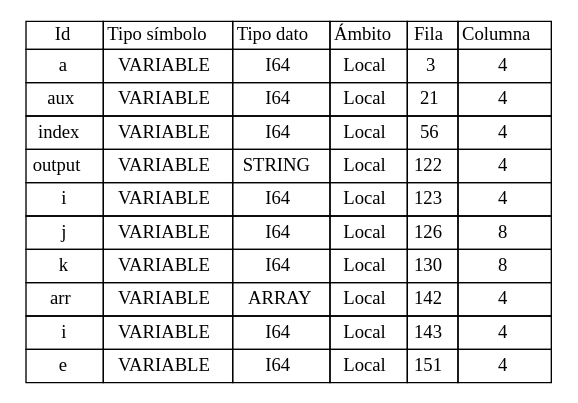
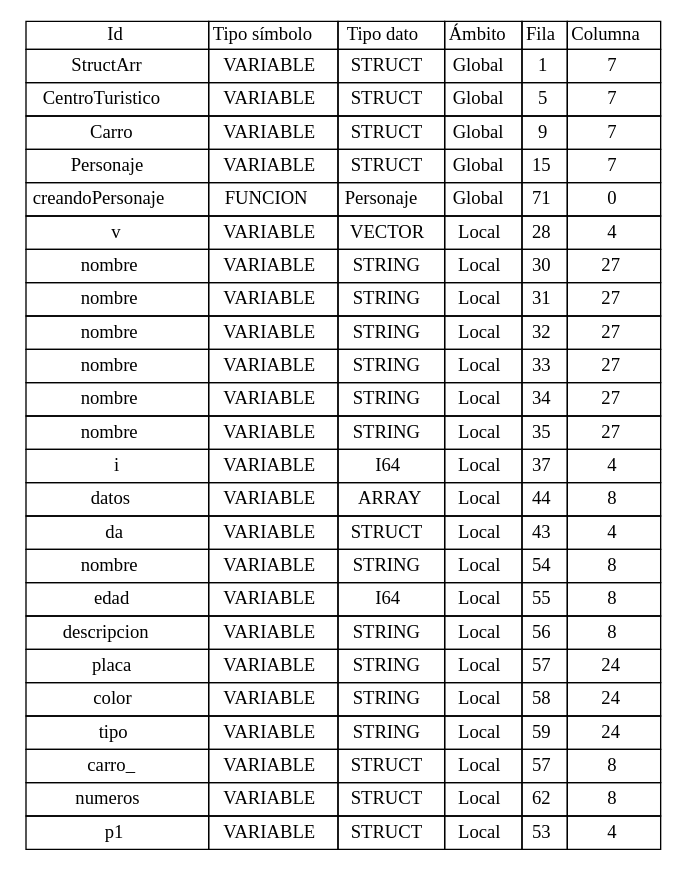
The diagram in Back/Web/tablas/tablaSimbolos.dot (Jodyannre/COMPI2_proyecto2_2022), drawn with Graphviz before and after one commit. The commit also changed 7 other files, not shown here.

```diff
--- a/Back/Web/tablas/tablaSimbolos.dot
+++ b/Back/Web/tablas/tablaSimbolos.dot
@@ -15,16 +15,106 @@
 	
 <tr>
 <td cellpadding='4'>
-a
+StructArr
 </td>
 <td cellpadding='4'>VARIABLE
 </td>
-<td cellpadding='4'>I64
+<td cellpadding='4'>STRUCT
+</td>
+<td cellpadding='4'>Global
+</td>
+<td cellpadding='4'>
+1
+</td>
+<td cellpadding='4'>
+7
+</td>
+</tr>
+
+<tr>
+<td cellpadding='4'>
+CentroTuristico
+</td>
+<td cellpadding='4'>VARIABLE
+</td>
+<td cellpadding='4'>STRUCT
+</td>
+<td cellpadding='4'>Global
+</td>
+<td cellpadding='4'>
+5
+</td>
+<td cellpadding='4'>
+7
+</td>
+</tr>
+
+<tr>
+<td cellpadding='4'>
+Carro
+</td>
+<td cellpadding='4'>VARIABLE
+</td>
+<td cellpadding='4'>STRUCT
+</td>
+<td cellpadding='4'>Global
+</td>
+<td cellpadding='4'>
+9
+</td>
+<td cellpadding='4'>
+7
+</td>
+</tr>
+
+<tr>
+<td cellpadding='4'>
+Personaje
+</td>
+<td cellpadding='4'>VARIABLE
+</td>
+<td cellpadding='4'>STRUCT
+</td>
+<td cellpadding='4'>Global
+</td>
+<td cellpadding='4'>
+15
+</td>
+<td cellpadding='4'>
+7
+</td>
+</tr>
+
+<tr>
+<td cellpadding='4'>
+creandoPersonaje
+</td>
+<td cellpadding='4'>FUNCION
+</td>
+<td cellpadding='4'>Personaje
+</td>
+<td cellpadding='4'>Global
+</td>
+<td cellpadding='4'>
+71
+</td>
+<td cellpadding='4'>
+0
+</td>
+</tr>
+
+<tr>
+<td cellpadding='4'>
+v
+</td>
+<td cellpadding='4'>VARIABLE
+</td>
+<td cellpadding='4'>VECTOR
 </td>
 <td cellpadding='4'>Local
 </td>
 <td cellpadding='4'>
-3
+28
 </td>
 <td cellpadding='4'>
 4
@@ -33,43 +123,7 @@
 
 <tr>
 <td cellpadding='4'>
-aux
-</td>
-<td cellpadding='4'>VARIABLE
-</td>
-<td cellpadding='4'>I64
-</td>
-<td cellpadding='4'>Local
-</td>
-<td cellpadding='4'>
-21
-</td>
-<td cellpadding='4'>
-4
-</td>
-</tr>
-
-<tr>
-<td cellpadding='4'>
-index
-</td>
-<td cellpadding='4'>VARIABLE
-</td>
-<td cellpadding='4'>I64
-</td>
-<td cellpadding='4'>Local
-</td>
-<td cellpadding='4'>
-56
-</td>
-<td cellpadding='4'>
-4
-</td>
-</tr>
-
-<tr>
-<td cellpadding='4'>
-output
+nombre
 </td>
 <td cellpadding='4'>VARIABLE
 </td>
@@ -78,10 +132,100 @@
 <td cellpadding='4'>Local
 </td>
 <td cellpadding='4'>
-122
+30
 </td>
 <td cellpadding='4'>
-4
+27
+</td>
+</tr>
+
+<tr>
+<td cellpadding='4'>
+nombre
+</td>
+<td cellpadding='4'>VARIABLE
+</td>
+<td cellpadding='4'>STRING
+</td>
+<td cellpadding='4'>Local
+</td>
+<td cellpadding='4'>
+31
+</td>
+<td cellpadding='4'>
+27
+</td>
+</tr>
+
+<tr>
+<td cellpadding='4'>
+nombre
+</td>
+<td cellpadding='4'>VARIABLE
+</td>
+<td cellpadding='4'>STRING
+</td>
+<td cellpadding='4'>Local
+</td>
+<td cellpadding='4'>
+32
+</td>
+<td cellpadding='4'>
+27
+</td>
+</tr>
+
+<tr>
+<td cellpadding='4'>
+nombre
+</td>
+<td cellpadding='4'>VARIABLE
+</td>
+<td cellpadding='4'>STRING
+</td>
+<td cellpadding='4'>Local
+</td>
+<td cellpadding='4'>
+33
+</td>
+<td cellpadding='4'>
+27
+</td>
+</tr>
+
+<tr>
+<td cellpadding='4'>
+nombre
+</td>
+<td cellpadding='4'>VARIABLE
+</td>
+<td cellpadding='4'>STRING
+</td>
+<td cellpadding='4'>Local
+</td>
+<td cellpadding='4'>
+34
+</td>
+<td cellpadding='4'>
+27
+</td>
+</tr>
+
+<tr>
+<td cellpadding='4'>
+nombre
+</td>
+<td cellpadding='4'>VARIABLE
+</td>
+<td cellpadding='4'>STRING
+</td>
+<td cellpadding='4'>Local
+</td>
+<td cellpadding='4'>
+35
+</td>
+<td cellpadding='4'>
+27
 </td>
 </tr>
 
@@ -96,7 +240,7 @@
 <td cellpadding='4'>Local
 </td>
 <td cellpadding='4'>
-123
+37
 </td>
 <td cellpadding='4'>
 4
@@ -105,7 +249,61 @@
 
 <tr>
 <td cellpadding='4'>
-j
+datos
+</td>
+<td cellpadding='4'>VARIABLE
+</td>
+<td cellpadding='4'>ARRAY
+</td>
+<td cellpadding='4'>Local
+</td>
+<td cellpadding='4'>
+44
+</td>
+<td cellpadding='4'>
+8
+</td>
+</tr>
+
+<tr>
+<td cellpadding='4'>
+da
+</td>
+<td cellpadding='4'>VARIABLE
+</td>
+<td cellpadding='4'>STRUCT
+</td>
+<td cellpadding='4'>Local
+</td>
+<td cellpadding='4'>
+43
+</td>
+<td cellpadding='4'>
+4
+</td>
+</tr>
+
+<tr>
+<td cellpadding='4'>
+nombre
+</td>
+<td cellpadding='4'>VARIABLE
+</td>
+<td cellpadding='4'>STRING
+</td>
+<td cellpadding='4'>Local
+</td>
+<td cellpadding='4'>
+54
+</td>
+<td cellpadding='4'>
+8
+</td>
+</tr>
+
+<tr>
+<td cellpadding='4'>
+edad
 </td>
 <td cellpadding='4'>VARIABLE
 </td>
@@ -114,7 +312,7 @@
 <td cellpadding='4'>Local
 </td>
 <td cellpadding='4'>
-126
+55
 </td>
 <td cellpadding='4'>
 8
@@ -123,16 +321,16 @@
 
 <tr>
 <td cellpadding='4'>
-k
+descripcion
 </td>
 <td cellpadding='4'>VARIABLE
 </td>
-<td cellpadding='4'>I64
+<td cellpadding='4'>STRING
 </td>
 <td cellpadding='4'>Local
 </td>
 <td cellpadding='4'>
-130
+56
 </td>
 <td cellpadding='4'>
 8
@@ -141,52 +339,106 @@
 
 <tr>
 <td cellpadding='4'>
-arr
+placa
 </td>
 <td cellpadding='4'>VARIABLE
 </td>
-<td cellpadding='4'>ARRAY
+<td cellpadding='4'>STRING
 </td>
 <td cellpadding='4'>Local
 </td>
 <td cellpadding='4'>
-142
+57
 </td>
 <td cellpadding='4'>
-4
+24
 </td>
 </tr>
 
 <tr>
 <td cellpadding='4'>
-i
+color
 </td>
 <td cellpadding='4'>VARIABLE
 </td>
-<td cellpadding='4'>I64
+<td cellpadding='4'>STRING
 </td>
 <td cellpadding='4'>Local
 </td>
 <td cellpadding='4'>
-143
+58
 </td>
 <td cellpadding='4'>
-4
+24
 </td>
 </tr>
 
 <tr>
 <td cellpadding='4'>
-e
+tipo
 </td>
 <td cellpadding='4'>VARIABLE
 </td>
-<td cellpadding='4'>I64
+<td cellpadding='4'>STRING
 </td>
 <td cellpadding='4'>Local
 </td>
 <td cellpadding='4'>
-151
+59
+</td>
+<td cellpadding='4'>
+24
+</td>
+</tr>
+
+<tr>
+<td cellpadding='4'>
+carro_
+</td>
+<td cellpadding='4'>VARIABLE
+</td>
+<td cellpadding='4'>STRUCT
+</td>
+<td cellpadding='4'>Local
+</td>
+<td cellpadding='4'>
+57
+</td>
+<td cellpadding='4'>
+8
+</td>
+</tr>
+
+<tr>
+<td cellpadding='4'>
+numeros
+</td>
+<td cellpadding='4'>VARIABLE
+</td>
+<td cellpadding='4'>STRUCT
+</td>
+<td cellpadding='4'>Local
+</td>
+<td cellpadding='4'>
+62
+</td>
+<td cellpadding='4'>
+8
+</td>
+</tr>
+
+<tr>
+<td cellpadding='4'>
+p1
+</td>
+<td cellpadding='4'>VARIABLE
+</td>
+<td cellpadding='4'>STRUCT
+</td>
+<td cellpadding='4'>Local
+</td>
+<td cellpadding='4'>
+53
 </td>
 <td cellpadding='4'>
 4
```
